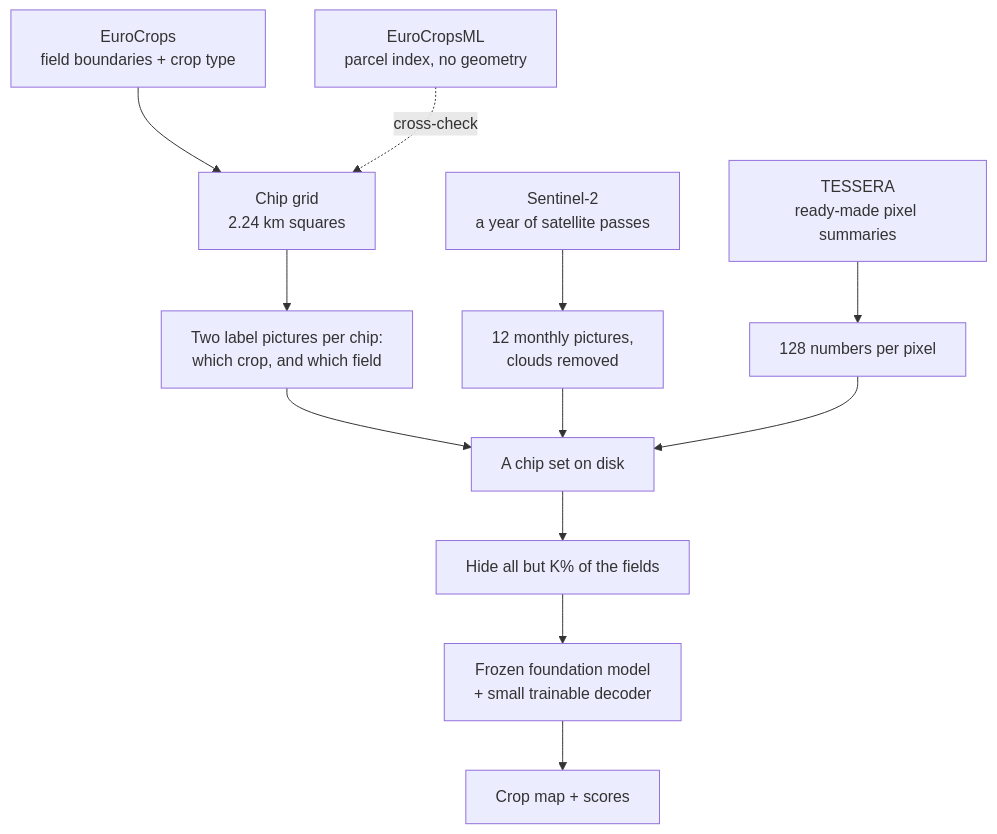
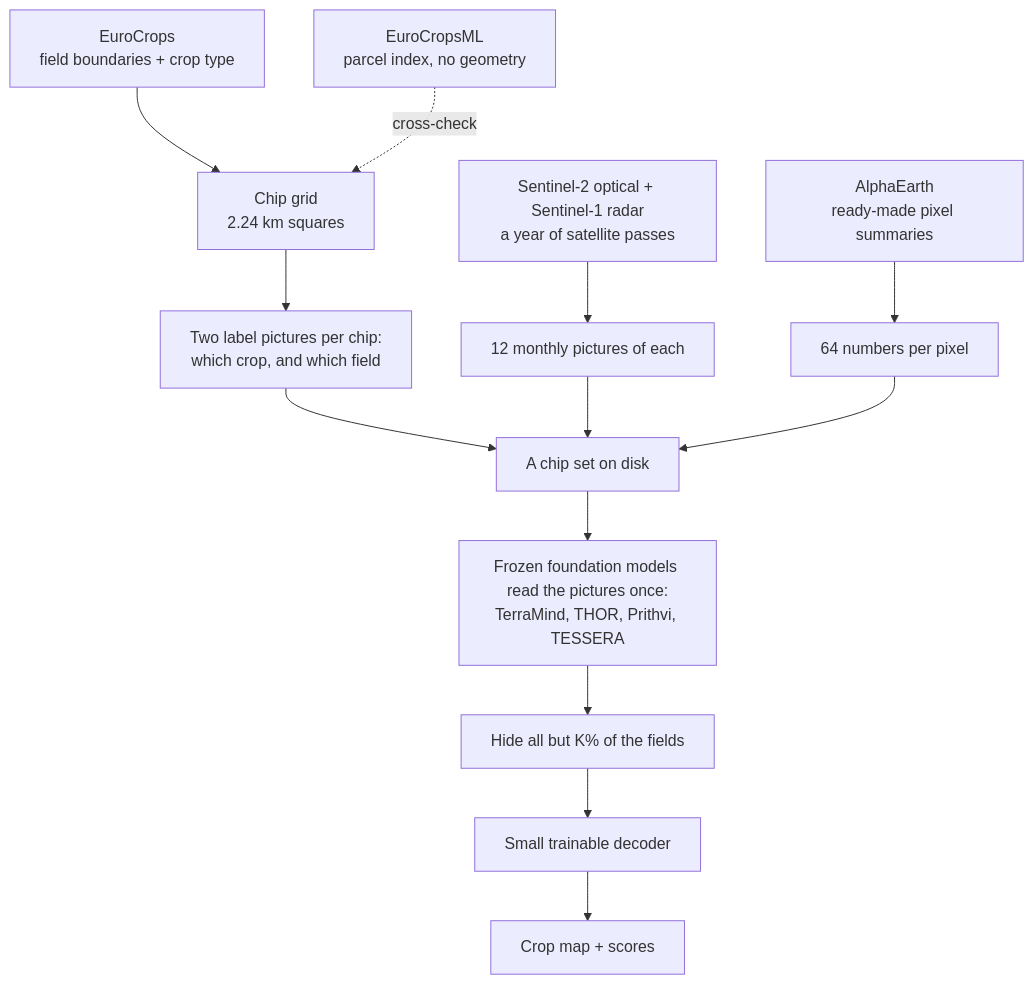
Before and after one commit to davidrers/ExplainedGMF4Agri: the first of 2 diagrams in docs/phase1/pipeline_overview.md, drawn with Mermaid. The commit also changed other lines of this file and 5 other files, not shown here.

First line of the commit message:
Document the arms of 15 October: S1 for every GFM pretrained on it, frozen TESSERA v2, the 10 m MLP

````diff
--- a/docs/phase1/pipeline_overview.md
+++ b/docs/phase1/pipeline_overview.md
@@ -27,14 +27,15 @@
 ```mermaid
 flowchart TD
     A["EuroCrops<br/>field boundaries + crop type"] --> C
     B["EuroCropsML<br/>parcel index, no geometry"] -.cross-check.-> C
     C["Chip grid<br/>2.24 km squares"] --> D["Two label pictures per chip:<br/>which crop, and which field"]
-    E["Sentinel-2<br/>a year of satellite passes"] --> F["12 monthly pictures,<br/>clouds removed"]
-    G["TESSERA<br/>ready-made pixel summaries"] --> H["128 numbers per pixel"]
+    E["Sentinel-2 optical + Sentinel-1 radar<br/>a year of satellite passes"] --> F["12 monthly pictures of each"]
+    G["AlphaEarth<br/>ready-made pixel summaries"] --> H["64 numbers per pixel"]
     D --> I["A chip set on disk"]
     F --> I
     H --> I
-    I --> J["Hide all but K% of the fields"]
-    J --> K["Frozen foundation model<br/>+ small trainable decoder"]
+    I --> M["Frozen foundation models read the pictures once:<br/>TerraMind, THOR, Prithvi, TESSERA"]
+    M --> J["Hide all but K% of the fields"]
+    J --> K["Small trainable decoder"]
     K --> L["Crop map + scores"]
 ```
````
